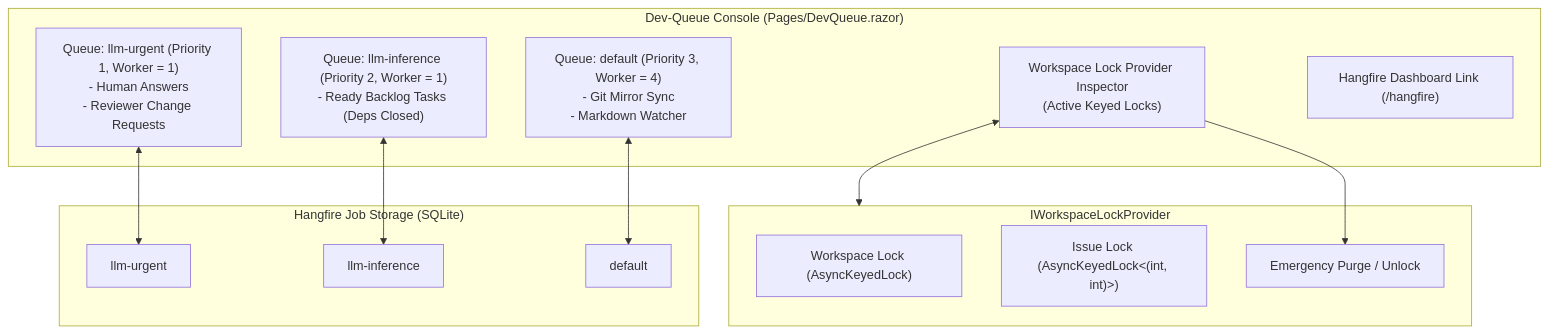
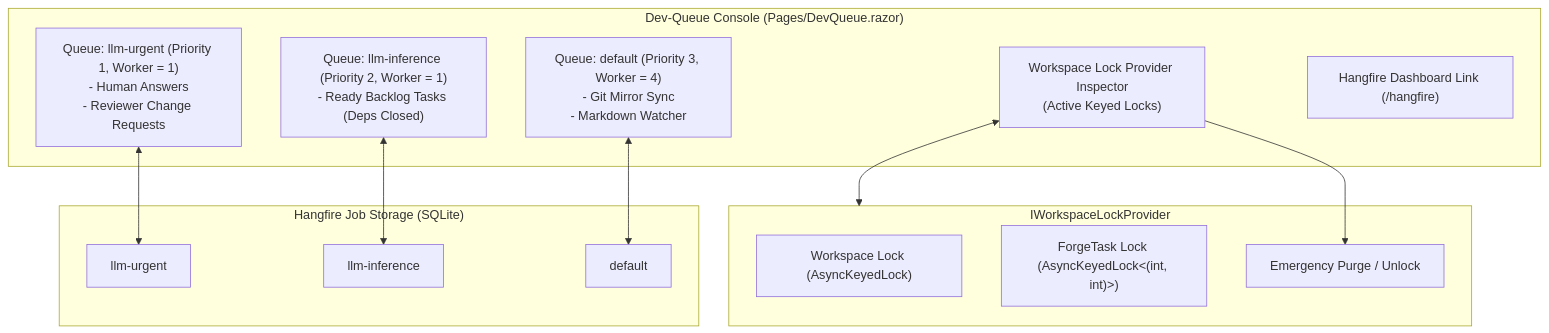
The diagram in docs/plan/phase-5/STEP_5_12_DEV_QUEUE_AND_LOCK_INSPECTOR.md (jetelain/NightCodeForge), drawn with Mermaid before and after one commit. The commit also changed other lines of this file and 151 other files, not shown here.

Commit message:
Issue -> Task

````diff
--- a/docs/plan/phase-5/STEP_5_12_DEV_QUEUE_AND_LOCK_INSPECTOR.md
+++ b/docs/plan/phase-5/STEP_5_12_DEV_QUEUE_AND_LOCK_INSPECTOR.md
@@ -35,28 +35,28 @@
 ```mermaid
 flowchart TD
     subgraph UI ["Dev-Queue Console (Pages/DevQueue.razor)"]
         UrgentView["Queue: llm-urgent (Priority 1, Worker = 1)\n- Human Answers\n- Reviewer Change Requests"]
         InferenceView["Queue: llm-inference (Priority 2, Worker = 1)\n- Ready Backlog Tasks (Deps Closed)"]
         UtilityView["Queue: default (Priority 3, Worker = 4)\n- Git Mirror Sync\n- Markdown Watcher"]
         LockInspector["Workspace Lock Provider Inspector\n(Active Keyed Locks)"]
         HangfireLink["Hangfire Dashboard Link (/hangfire)"]
     end
 
     subgraph LockProvider ["IWorkspaceLockProvider"]
         WsLock["Workspace Lock (AsyncKeyedLock<int>)"]
-        IssueLock["Issue Lock (AsyncKeyedLock<(int, int)>)"]
+        TaskLock["ForgeTask Lock (AsyncKeyedLock<(int, int)>)"]
         EmergencyPurge["Emergency Purge / Unlock"]
     end
 
     subgraph HangfireEngine ["Hangfire Job Storage (SQLite)"]
         UrgentQueue["llm-urgent"]
         InferenceQueue["llm-inference"]
         DefaultQueue["default"]
     end
 
     UrgentView <--> UrgentQueue
     InferenceView <--> InferenceQueue
     UtilityView <--> DefaultQueue
     LockInspector <--> LockProvider
     LockInspector --> EmergencyPurge
 ```
````
